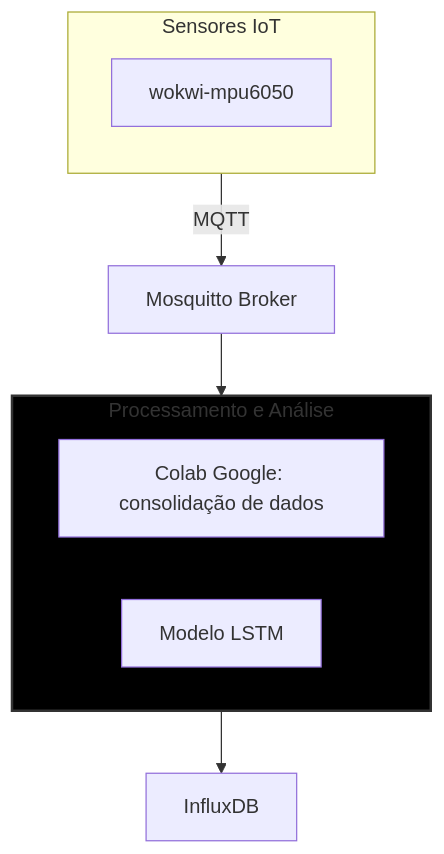
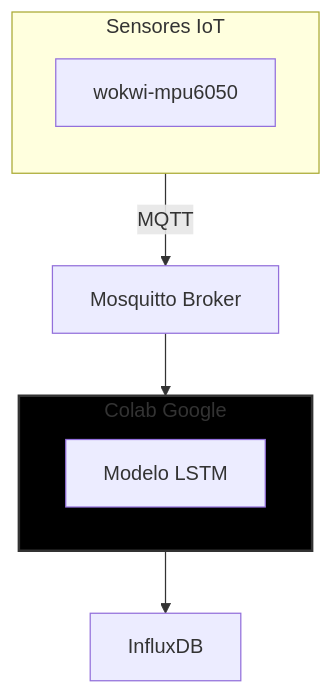
The second of 2 diagrams in artigo.md (2024S2-CCIoT/anthon_hax), drawn with Mermaid before and after one commit.

````diff
--- a/artigo.md
+++ b/artigo.md
@@ -66,34 +66,33 @@
 ```mermaid
 flowchart TD
     subgraph IoT_Sensors["Sensores IoT"]
         direction TB
         Sensor1["wokwi-mpu6050"]
     end
     
         direction LR
         MQTT["Mosquitto Broker"]
 
-    subgraph Processamento["Processamento e Análise"]
+    subgraph Processamento["Colab Google"]
         direction LR
-        Colab["Colab Google: consolidação de dados"]
         MLModel["Modelo LSTM"]
     end
         direction LR
         Data["InfluxDB"]
 
 
     %% Fluxos de Dados
     Sensor1 -->|MQTT| MQTT
     MQTT --> MLModel
     MLModel --> Data
 
 
     %% Legend
     classDef protocolo fill:#f9f,stroke:#333,stroke-width:2px;
     classDef processamento fill:#000,stroke:#333,stroke-width:2px;
     classDef gerenciamento fill:#bfb,stroke:#333,stroke-width:2px;
     
     class Protocolos protocolo;
     class Processamento processamento;
     class Gerenciamento gerenciamento;
 ```
````
